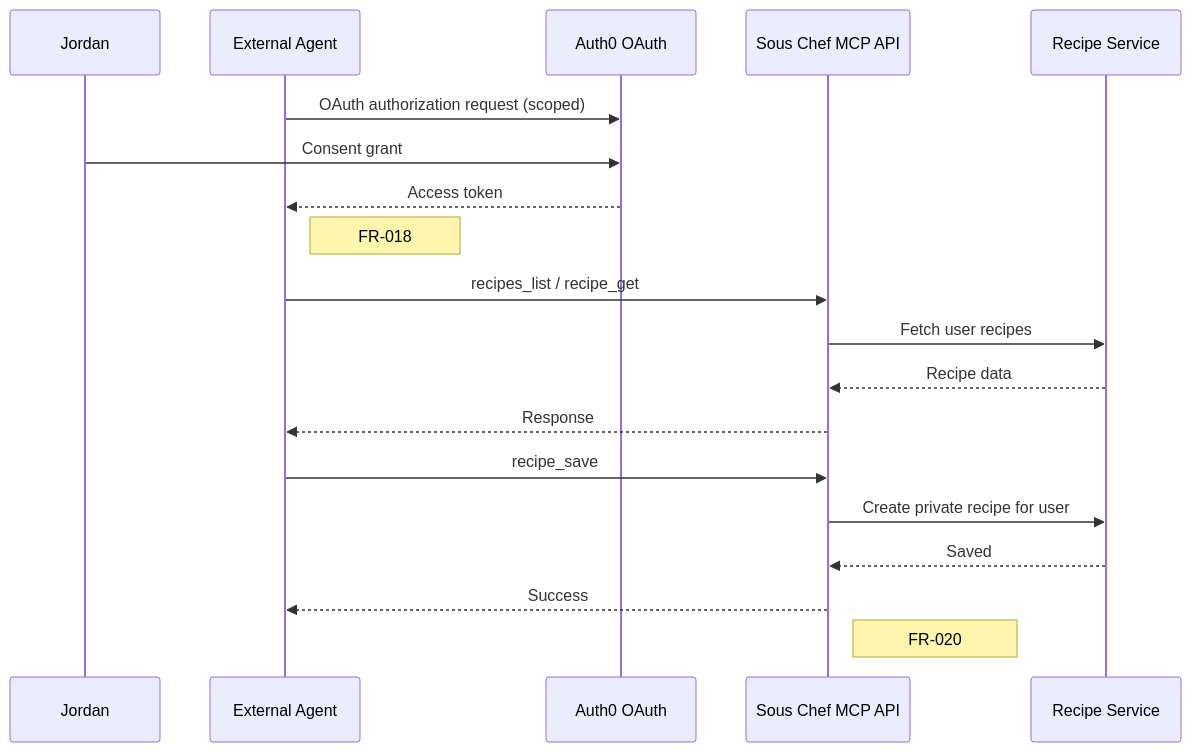
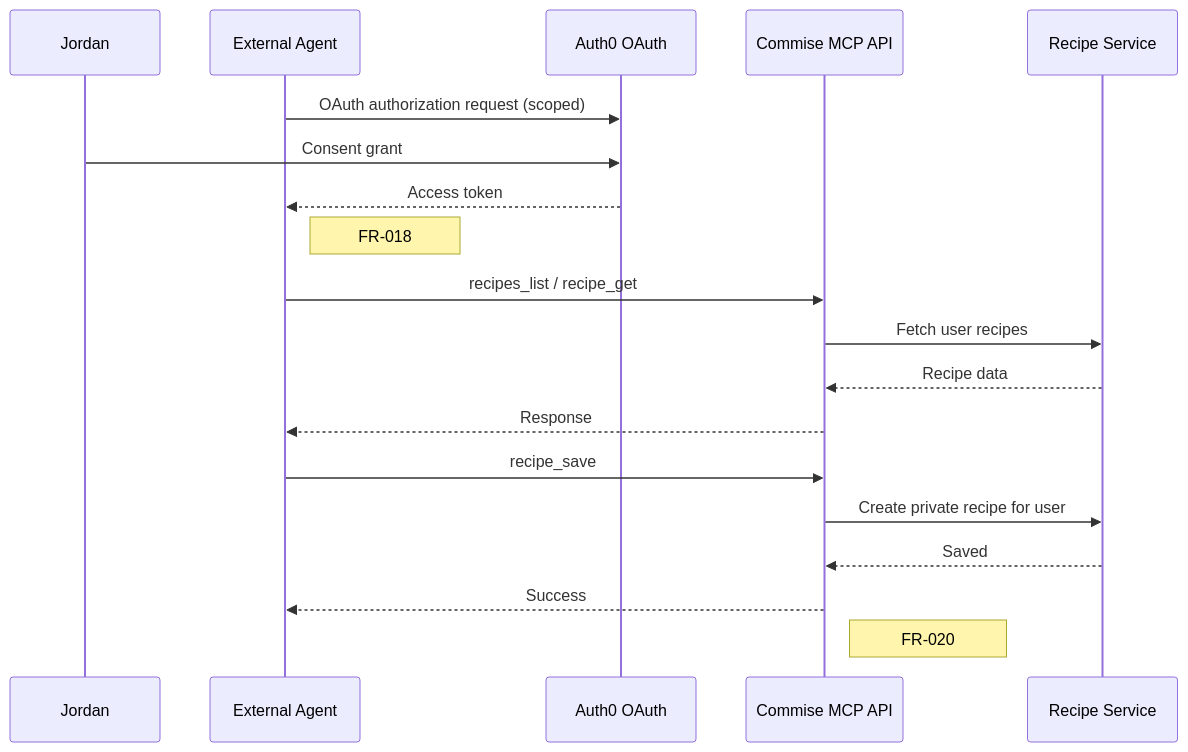
The third of 3 diagrams in specs/005-ai-integration/product-spec/user-journey.md (the-sous-chef/KitchenSink), drawn with Mermaid before and after one commit. The commit also changed other lines of this file and 451 other files, not shown here.

First line of the commit message:
chore: rename sous-chef → commise across entire codebase

````diff
--- a/specs/005-ai-integration/product-spec/user-journey.md
+++ b/specs/005-ai-integration/product-spec/user-journey.md
@@ -84,24 +84,24 @@
 ```mermaid
 sequenceDiagram
     participant U as Jordan
     participant Agent as External Agent
     participant Auth as Auth0 OAuth
-    participant MCP as Sous Chef MCP API
+    participant MCP as Commise MCP API
     participant Data as Recipe Service
 
     Agent->>Auth: OAuth authorization request (scoped)
     U->>Auth: Consent grant
     Auth-->>Agent: Access token
     Note right of Agent: FR-018
 
     Agent->>MCP: recipes_list / recipe_get
     MCP->>Data: Fetch user recipes
     Data-->>MCP: Recipe data
     MCP-->>Agent: Response
 
     Agent->>MCP: recipe_save
     MCP->>Data: Create private recipe for user
     Data-->>MCP: Saved
     MCP-->>Agent: Success
     Note right of MCP: FR-020
 ```
````
